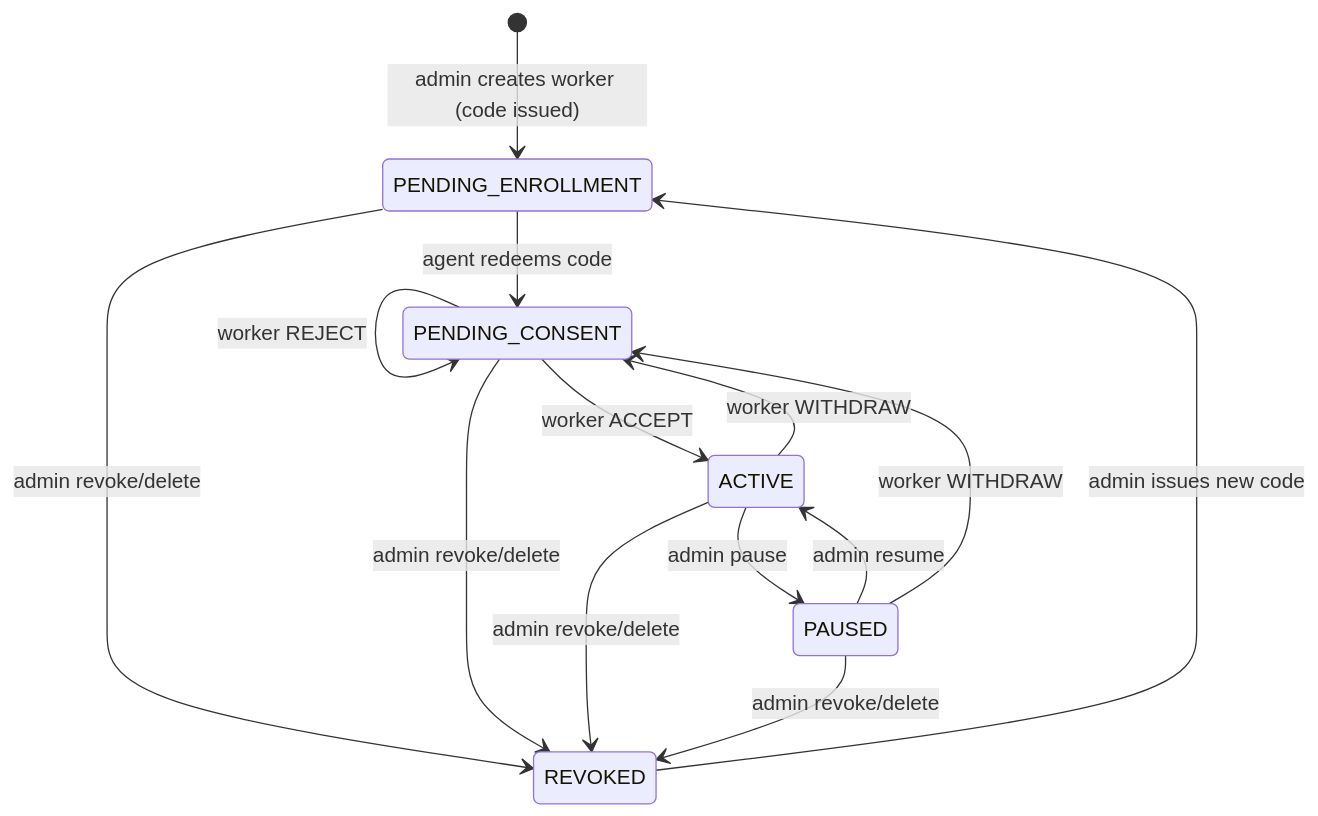
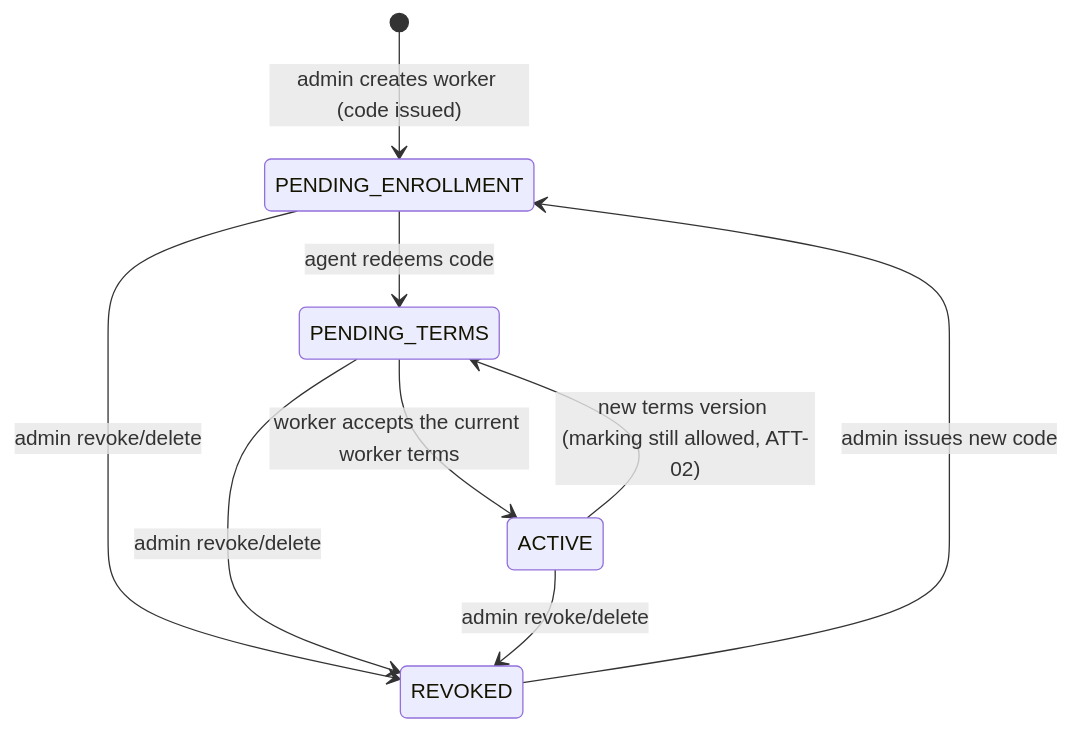
One commit to Demiannnnnn/blindmetrics-apps changed the diagram in .ai-context/domain.md. Above: the diagram before and after it, drawn with Mermaid. The commit also changed other lines of this file and 32 other files, not shown here.

````diff
--- a/.ai-context/domain.md
+++ b/.ai-context/domain.md
@@ -44,16 +86,11 @@
 ```mermaid
 stateDiagram-v2
     [*] --> PENDING_ENROLLMENT: admin creates worker (code issued)
-    PENDING_ENROLLMENT --> PENDING_CONSENT: agent redeems code
-    PENDING_CONSENT --> ACTIVE: worker ACCEPT
-    PENDING_CONSENT --> PENDING_CONSENT: worker REJECT
-    ACTIVE --> PENDING_CONSENT: worker WITHDRAW
-    ACTIVE --> PAUSED: admin pause
-    PAUSED --> ACTIVE: admin resume
-    PAUSED --> PENDING_CONSENT: worker WITHDRAW
+    PENDING_ENROLLMENT --> PENDING_TERMS: agent redeems code
+    PENDING_TERMS --> ACTIVE: worker accepts the current worker terms
+    ACTIVE --> PENDING_TERMS: new terms version (marking still allowed, ATT-02)
     PENDING_ENROLLMENT --> REVOKED: admin revoke/delete
-    PENDING_CONSENT --> REVOKED: admin revoke/delete
+    PENDING_TERMS --> REVOKED: admin revoke/delete
     ACTIVE --> REVOKED: admin revoke/delete
-    PAUSED --> REVOKED: admin revoke/delete
     REVOKED --> PENDING_ENROLLMENT: admin issues new code
 ```
````
